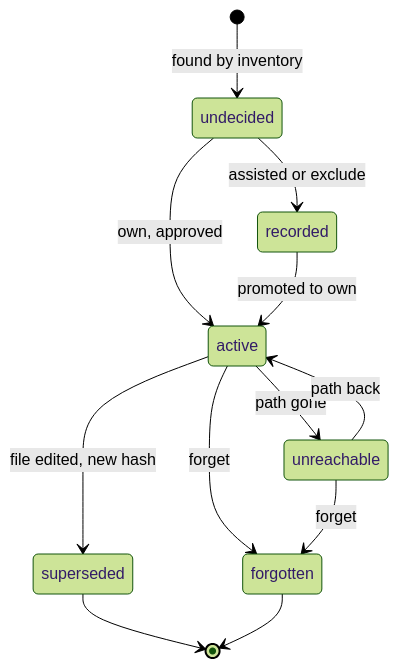
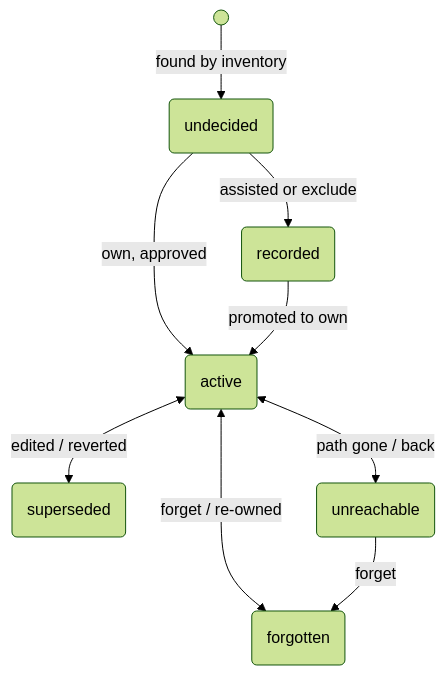
One commit to JeffWouters/Claude-Skill-Idiolect changed the diagram in docs/idiolect-design-diagram-sources/10-manifest.mmd. Above: the diagram before and after it, drawn with Mermaid (forest theme). The commit also changed 64 other files, not shown here.

```diff
--- a/docs/idiolect-design-diagram-sources/10-manifest.mmd
+++ b/docs/idiolect-design-diagram-sources/10-manifest.mmd
@@ -1,12 +1,9 @@
-stateDiagram-v2
-    [*] --> undecided: found by inventory
-    undecided --> active: own, approved
-    undecided --> recorded: assisted or exclude
-    recorded --> active: promoted to own
-    active --> superseded: file edited, new hash
-    active --> unreachable: path gone
-    unreachable --> active: path back
-    active --> forgotten: forget
-    unreachable --> forgotten: forget
-    superseded --> [*]
-    forgotten --> [*]
+flowchart TB
+    S(( )) -->|found by inventory| U(undecided)
+    U -->|own, approved| A(active)
+    U -->|assisted or exclude| R(recorded)
+    R -->|promoted to own| A
+    A <-->|edited / reverted| SU(superseded)
+    A <-->|path gone / back| UN(unreachable)
+    A <-->|forget / re-owned| F(forgotten)
+    UN -->|forget| F
```
